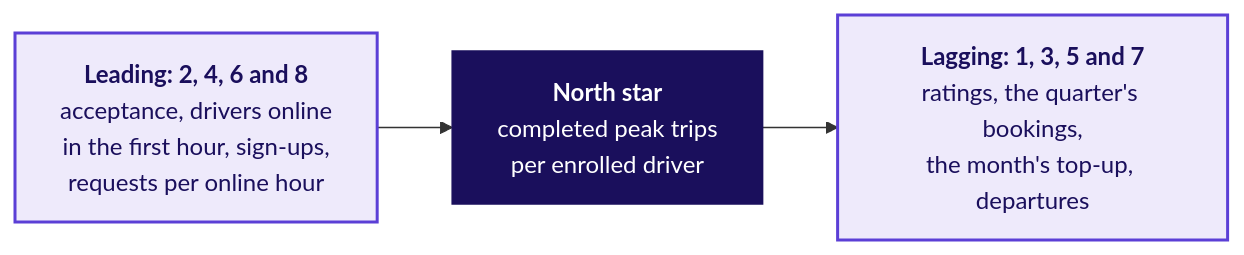
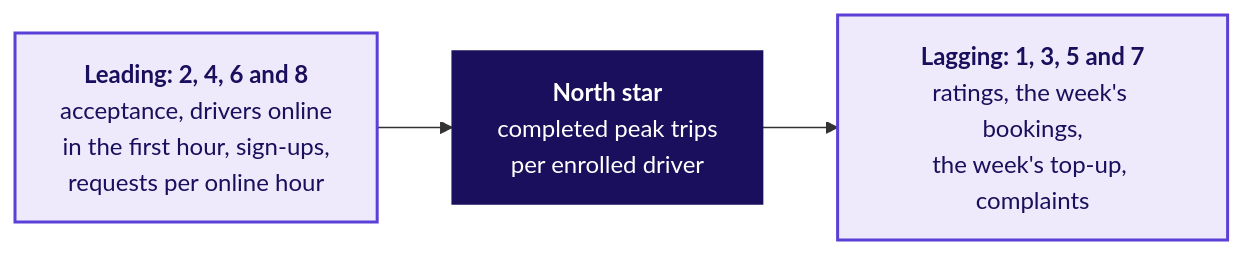
The second of 3 diagrams in content/W04/D1/slides/C2_W04_D01_fallback_STUDENT.md (fde-academy-lab/c2-content-factory), drawn with Mermaid before and after one commit. The commit also changed other lines of this file and 9 other files, not shown here.

First line of the commit message:
W04 D1: every leading-and-lagging item reads one week, so the window words no longer give the key away

````diff
--- a/content/W04/D1/slides/C2_W04_D01_fallback_STUDENT.md
+++ b/content/W04/D1/slides/C2_W04_D01_fallback_STUDENT.md
@@ -187,9 +187,9 @@
 ```mermaid
 flowchart LR
     I["<b>Leading: 2, 4, 6 and 8</b><br/>acceptance, drivers online<br/>in the first hour, sign-ups,<br/>requests per online hour"] --> N["<b>North star</b><br/>completed peak trips<br/>per enrolled driver"]
-    N --> C["<b>Lagging: 1, 3, 5 and 7</b><br/>ratings, the quarter's bookings,<br/>the month's top-up, departures"]
+    N --> C["<b>Lagging: 1, 3, 5 and 7</b><br/>ratings, the week's bookings,<br/>the week's top-up, complaints"]
     classDef known fill:#EEEAFB,stroke:#5B3FD6,color:#1A0F5C,stroke-width:2px
     classDef lit fill:#1A0F5C,stroke:#1A0F5C,color:#FFFFFF
     class I,C known
     class N lit
 ```
````
